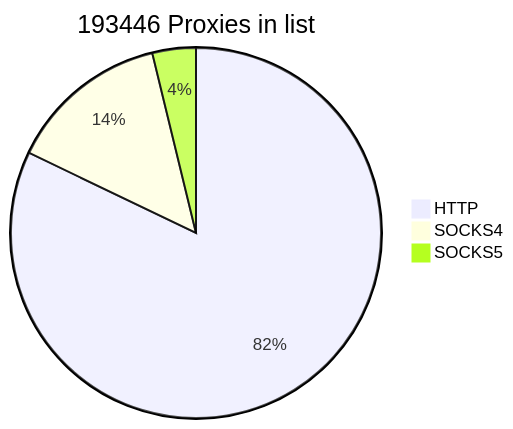
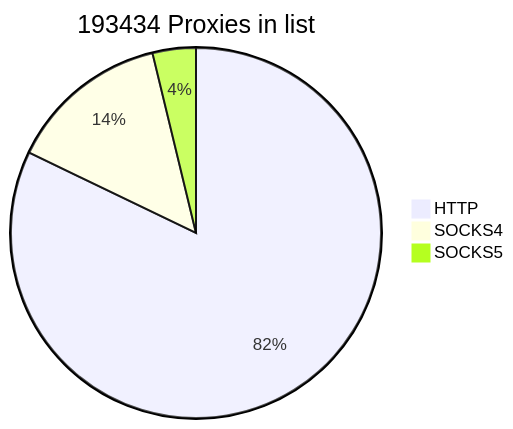
One commit to cutipu/proxylist changed the first of 2 diagrams in README.md. Above: the diagram before and after it, drawn with Mermaid. The commit also changed other lines of this file, not shown here.

````diff
--- a/README.md
+++ b/README.md
@@ -2,7 +2,7 @@
 ```mermaid
-pie title 193446 Proxies in list
-    "HTTP" : 158874
-    "SOCKS4" : 27230
-    "SOCKS5" : 7342
+pie title 193434 Proxies in list
+    "HTTP" : 158904
+    "SOCKS4" : 27224
+    "SOCKS5" : 7306
             
 ```
````
